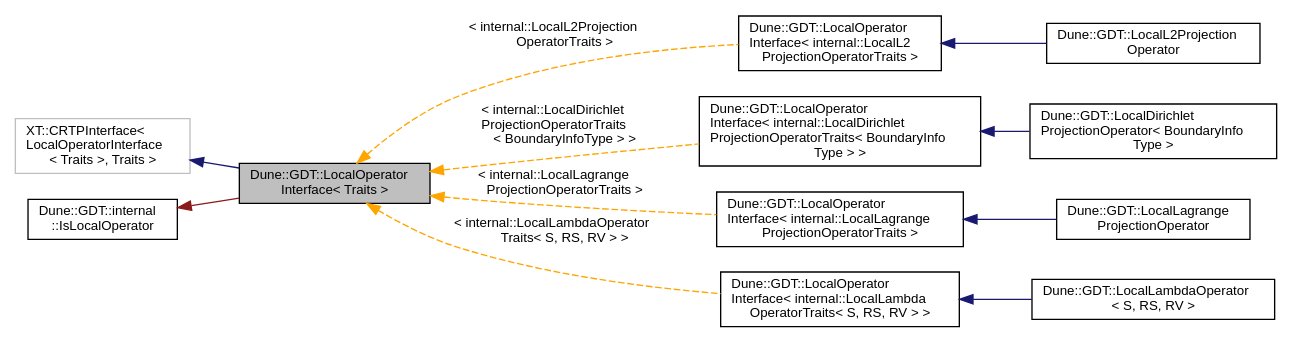
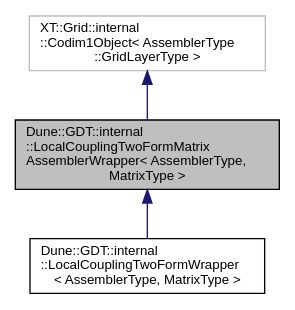
The diagram in docs/dune-gdt/master/a01107.dot (dune-community/dune-community.github.io), drawn with Graphviz before and after one commit. The commit also changed 4372 other files, not shown here.

Commit message:
Updated documentation for dune-gdt master

```diff
--- a/docs/dune-gdt/master/a01107.dot
+++ b/docs/dune-gdt/master/a01107.dot
@@ -1,27 +1,10 @@
-digraph "Dune::GDT::LocalOperatorInterface&lt; Traits &gt;"
+digraph "Dune::GDT::internal::LocalCouplingTwoFormMatrixAssemblerWrapper&lt; AssemblerType, MatrixType &gt;"
 {
   edge [fontname="Helvetica",fontsize="10",labelfontname="Helvetica",labelfontsize="10"];
   node [fontname="Helvetica",fontsize="10",shape=record];
-  rankdir="LR";
-  Node1 [label="Dune::GDT::LocalOperator\lInterface\< Traits \>",height=0.2,width=0.4,color="black", fillcolor="grey75", style="filled", fontcolor="black"];
-  Node2 -> Node1 [dir="back",color="midnightblue",fontsize="10",style="solid",fontname="Helvetica"];
-  Node2 [label="XT::CRTPInterface\<\l LocalOperatorInterface\l\< Traits \>, Traits \>",height=0.2,width=0.4,color="grey75", fillcolor="white", style="filled"];
-  Node3 -> Node1 [dir="back",color="firebrick4",fontsize="10",style="solid",fontname="Helvetica"];
-  Node3 [label="Dune::GDT::internal\l::IsLocalOperator",height=0.2,width=0.4,color="black", fillcolor="white", style="filled",URL="$a00250.html"];
-  Node1 -> Node4 [dir="back",color="orange",fontsize="10",style="dashed",label=" \< internal::LocalL2Projection\lOperatorTraits \>" ,fontname="Helvetica"];
-  Node4 [label="Dune::GDT::LocalOperator\lInterface\< internal::LocalL2\lProjectionOperatorTraits \>",height=0.2,width=0.4,color="black", fillcolor="white", style="filled",URL="$a00389.html"];
-  Node4 -> Node5 [dir="back",color="midnightblue",fontsize="10",style="solid",fontname="Helvetica"];
-  Node5 [label="Dune::GDT::LocalL2Projection\lOperator",height=0.2,width=0.4,color="black", fillcolor="white", style="filled",URL="$a00370.html"];
-  Node1 -> Node6 [dir="back",color="orange",fontsize="10",style="dashed",label=" \< internal::LocalDirichlet\lProjectionOperatorTraits\l\< BoundaryInfoType \> \>" ,fontname="Helvetica"];
-  Node6 [label="Dune::GDT::LocalOperator\lInterface\< internal::LocalDirichlet\lProjectionOperatorTraits\< BoundaryInfo\lType \> \>",height=0.2,width=0.4,color="black", fillcolor="white", style="filled",URL="$a00389.html"];
-  Node6 -> Node7 [dir="back",color="midnightblue",fontsize="10",style="solid",fontname="Helvetica"];
-  Node7 [label="Dune::GDT::LocalDirichlet\lProjectionOperator\< BoundaryInfo\lType \>",height=0.2,width=0.4,color="black", fillcolor="white", style="filled",URL="$a00341.html"];
-  Node1 -> Node8 [dir="back",color="orange",fontsize="10",style="dashed",label=" \< internal::LocalLagrange\lProjectionOperatorTraits \>" ,fontname="Helvetica"];
-  Node8 [label="Dune::GDT::LocalOperator\lInterface\< internal::LocalLagrange\lProjectionOperatorTraits \>",height=0.2,width=0.4,color="black", fillcolor="white", style="filled",URL="$a00389.html"];
-  Node8 -> Node9 [dir="back",color="midnightblue",fontsize="10",style="solid",fontname="Helvetica"];
-  Node9 [label="Dune::GDT::LocalLagrange\lProjectionOperator",height=0.2,width=0.4,color="black", fillcolor="white", style="filled",URL="$a00372.html"];
-  Node1 -> Node10 [dir="back",color="orange",fontsize="10",style="dashed",label=" \< internal::LocalLambdaOperator\lTraits\< S, RS, RV \> \>" ,fontname="Helvetica"];
-  Node10 [label="Dune::GDT::LocalOperator\lInterface\< internal::LocalLambda\lOperatorTraits\< S, RS, RV \> \>",height=0.2,width=0.4,color="black", fillcolor="white", style="filled",URL="$a00389.html"];
-  Node10 -> Node11 [dir="back",color="midnightblue",fontsize="10",style="solid",fontname="Helvetica"];
-  Node11 [label="Dune::GDT::LocalLambdaOperator\l\< S, RS, RV \>",height=0.2,width=0.4,color="black", fillcolor="white", style="filled",URL="$a00380.html"];
+  Node0 [label="Dune::GDT::internal\l::LocalCouplingTwoFormMatrix\lAssemblerWrapper\< AssemblerType,\l MatrixType \>",height=0.2,width=0.4,color="black", fillcolor="grey75", style="filled", fontcolor="black"];
+  Node1 -> Node0 [dir="back",color="midnightblue",fontsize="10",style="solid",fontname="Helvetica"];
+  Node1 [label="XT::Grid::internal\l::Codim1Object\< AssemblerType\l::GridLayerType \>",height=0.2,width=0.4,color="grey75", fillcolor="white", style="filled"];
+  Node0 -> Node2 [dir="back",color="midnightblue",fontsize="10",style="solid",fontname="Helvetica"];
+  Node2 [label="Dune::GDT::internal\l::LocalCouplingTwoFormWrapper\l\< AssemblerType, MatrixType \>",height=0.2,width=0.4,color="black", fillcolor="white", style="filled",URL="$a01116.html"];
 }
```
